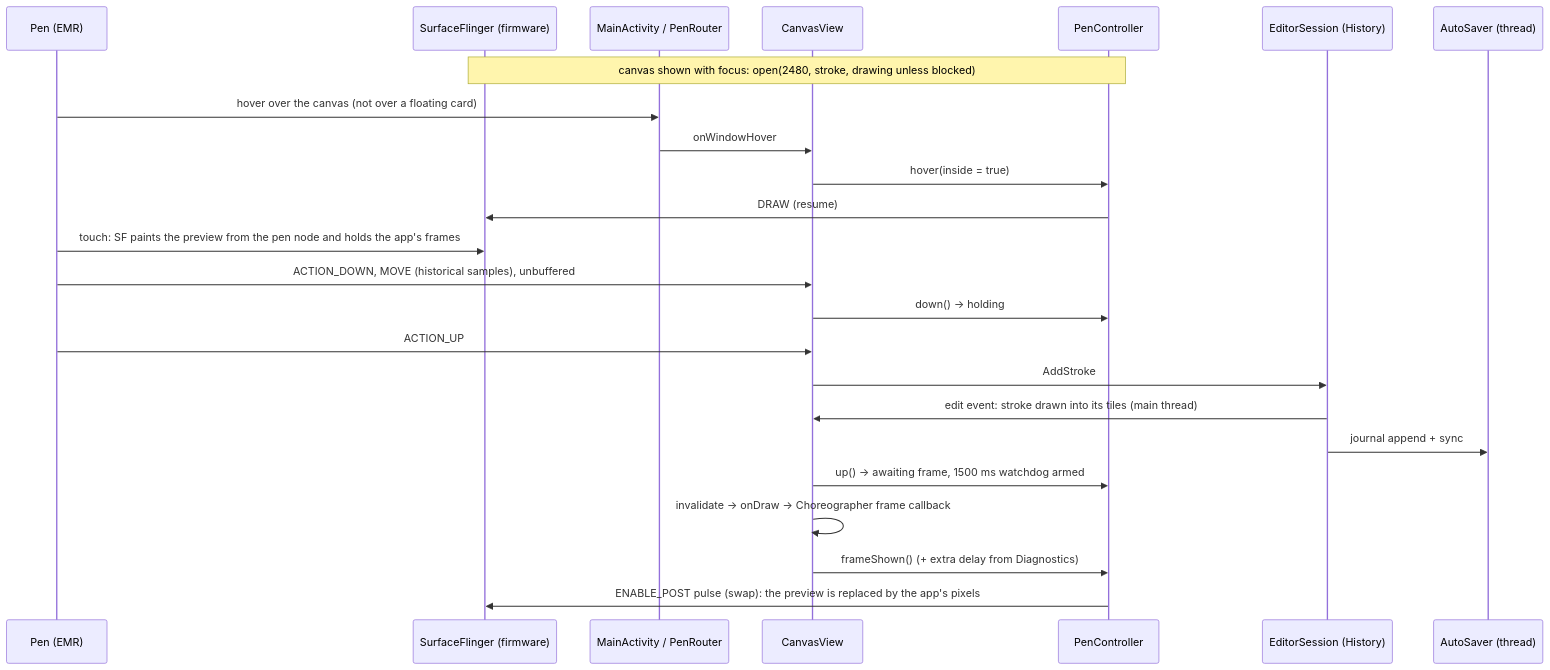
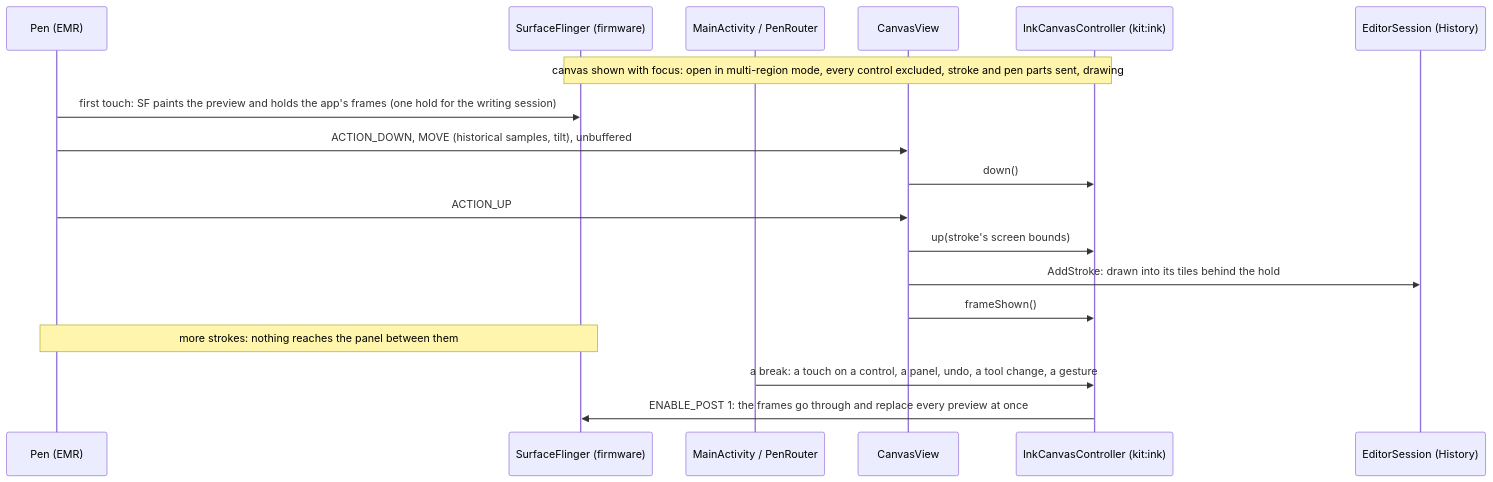
The diagram in docs/08-nib.md (huuunleashed/BooxUltimatum), drawn with Mermaid before and after one commit. The commit also changed other lines of this file and 124 other files, not shown here.

````diff
--- a/docs/08-nib.md
+++ b/docs/08-nib.md
@@ -24,26 +24,20 @@
 ```mermaid
 sequenceDiagram
     participant Pen as Pen (EMR)
     participant SF as SurfaceFlinger (firmware)
     participant Act as MainActivity / PenRouter
     participant View as CanvasView
-    participant Ctl as PenController
+    participant Ctl as InkCanvasController (kit:ink)
     participant Doc as EditorSession (History)
-    participant Save as AutoSaver (thread)
-    Note over Ctl,SF: canvas shown with focus: open(2480, stroke, drawing unless blocked)
-    Pen->>Act: hover over the canvas (not over a floating card)
-    Act->>View: onWindowHover
-    View->>Ctl: hover(inside = true)
-    Ctl->>SF: DRAW (resume)
-    Pen->>SF: touch: SF paints the preview from the pen node and holds the app's frames
-    Pen->>View: ACTION_DOWN, MOVE (historical samples), unbuffered
-    View->>Ctl: down() → holding
+    Note over Ctl,SF: canvas shown with focus: open in multi-region mode, every control excluded, stroke and pen parts sent, drawing
+    Pen->>SF: first touch: SF paints the preview and holds the app's frames (one hold for the writing session)
+    Pen->>View: ACTION_DOWN, MOVE (historical samples, tilt), unbuffered
+    View->>Ctl: down()
     Pen->>View: ACTION_UP
-    View->>Doc: AddStroke
-    Doc->>View: edit event: stroke drawn into its tiles (main thread)
-    Doc->>Save: journal append + sync
-    View->>Ctl: up() → awaiting frame, 1500 ms watchdog armed
-    View->>View: invalidate → onDraw → Choreographer frame callback
-    View->>Ctl: frameShown() (+ extra delay from Diagnostics)
-    Ctl->>SF: ENABLE_POST pulse (swap): the preview is replaced by the app's pixels
+    View->>Ctl: up(stroke's screen bounds)
+    View->>Doc: AddStroke: drawn into its tiles behind the hold
+    View->>Ctl: frameShown()
+    Note over Pen,SF: more strokes: nothing reaches the panel between them
+    Act->>Ctl: a break: a touch on a control, a panel, undo, a tool change, a gesture
+    Ctl->>SF: ENABLE_POST 1: the frames go through and replace every preview at once
 ```
````
